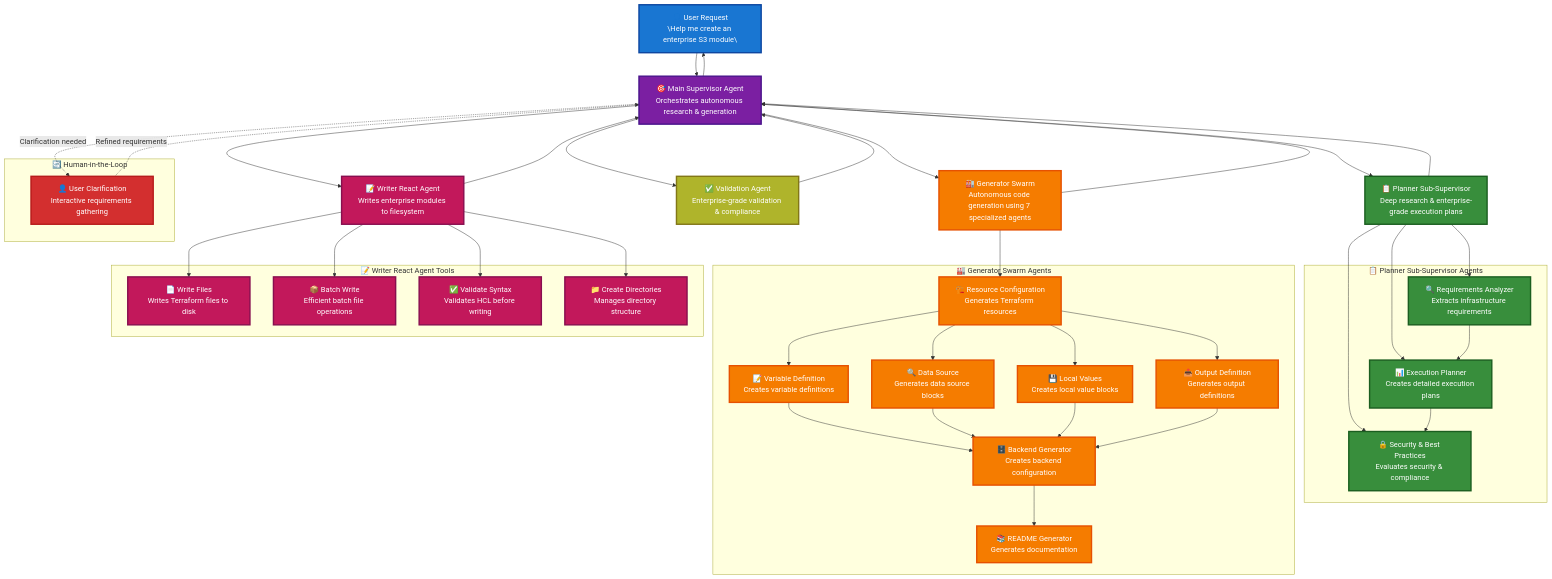
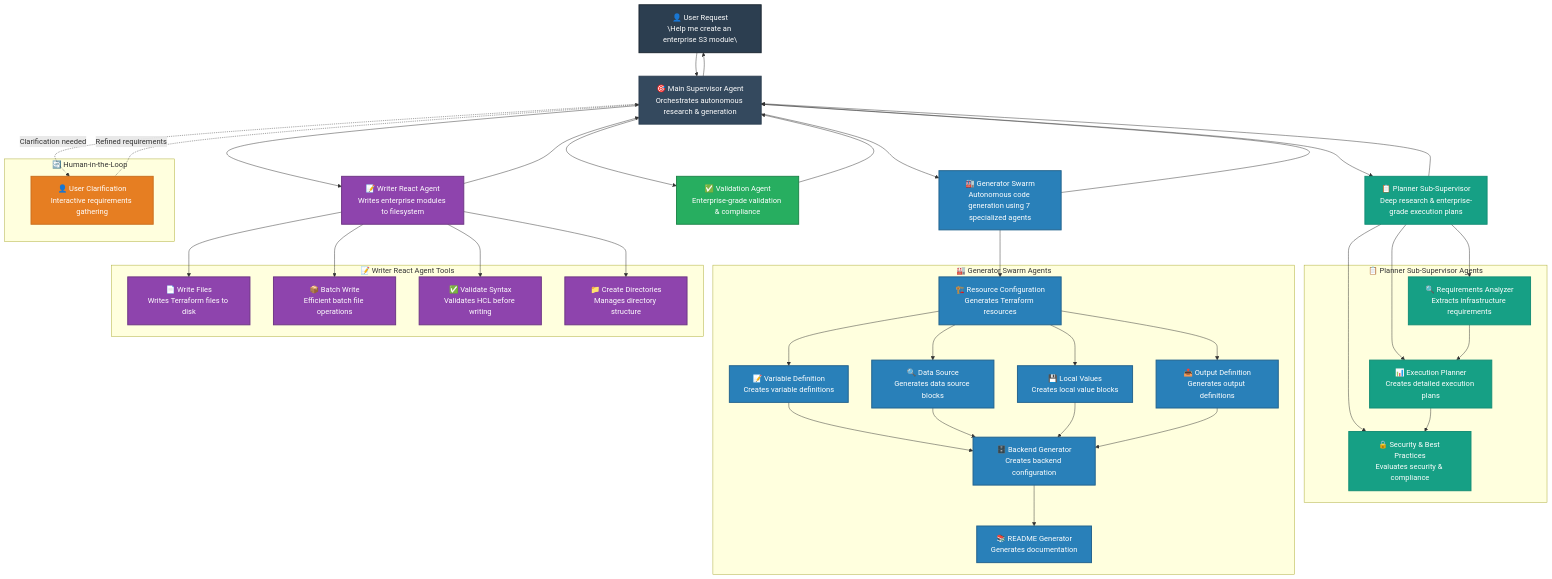
One commit to talkops-ai/aws-orchestrator-agent changed the first of 3 diagrams in README.md. Above: the diagram before and after it, drawn with Mermaid. The commit also changed other lines of this file, not shown here.

Commit message:
change the color scheme for mermaid diagram

```diff
--- a/README.md
+++ b/README.md
@@ -97,13 +97,13 @@
     H -.->|"Refined requirements"| S
     
     %% Styling
-    classDef user fill:#1976d2,stroke:#0d47a1,stroke-width:3px,color:#fff
-    classDef supervisor fill:#7b1fa2,stroke:#4a148c,stroke-width:3px,color:#fff
-    classDef planner fill:#388e3c,stroke:#1b5e20,stroke-width:3px,color:#fff
-    classDef generator fill:#f57c00,stroke:#e65100,stroke-width:3px,color:#fff
-    classDef writer fill:#c2185b,stroke:#880e4f,stroke-width:3px,color:#fff
-    classDef validation fill:#afb42b,stroke:#827717,stroke-width:3px,color:#fff
-    classDef human fill:#d32f2f,stroke:#b71c1c,stroke-width:3px,color:#fff
+    classDef user fill:#2c3e50,stroke:#1a252f,stroke-width:2px,color:#fff
+    classDef supervisor fill:#34495e,stroke:#2c3e50,stroke-width:2px,color:#fff
+    classDef planner fill:#16a085,stroke:#138d75,stroke-width:2px,color:#fff
+    classDef generator fill:#2980b9,stroke:#21618c,stroke-width:2px,color:#fff
+    classDef writer fill:#8e44ad,stroke:#6c3483,stroke-width:2px,color:#fff
+    classDef validation fill:#27ae60,stroke:#1e8449,stroke-width:2px,color:#fff
+    classDef human fill:#e67e22,stroke:#ca6f1e,stroke-width:2px,color:#fff
     
     class U user
     class S supervisor
```
